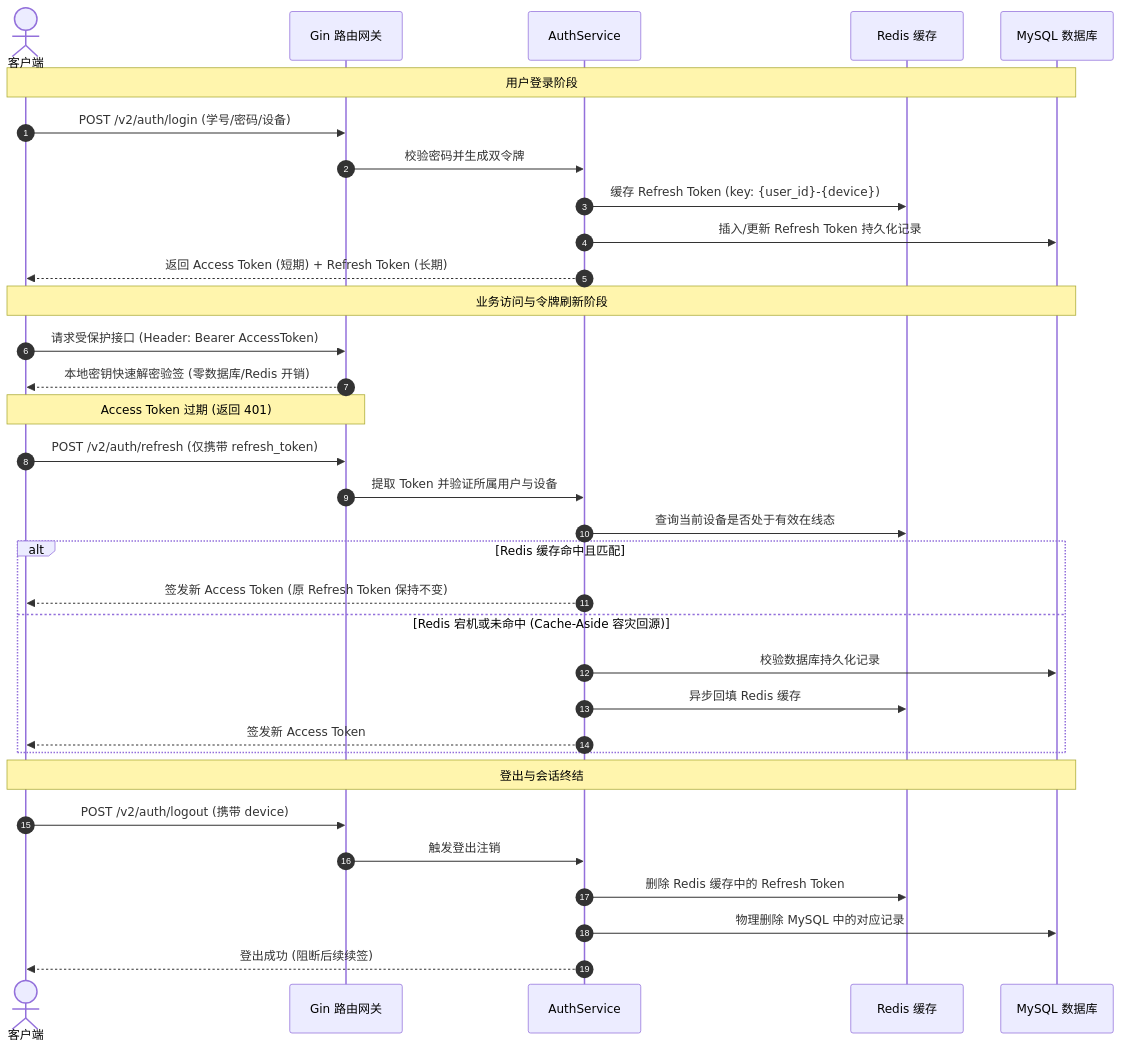
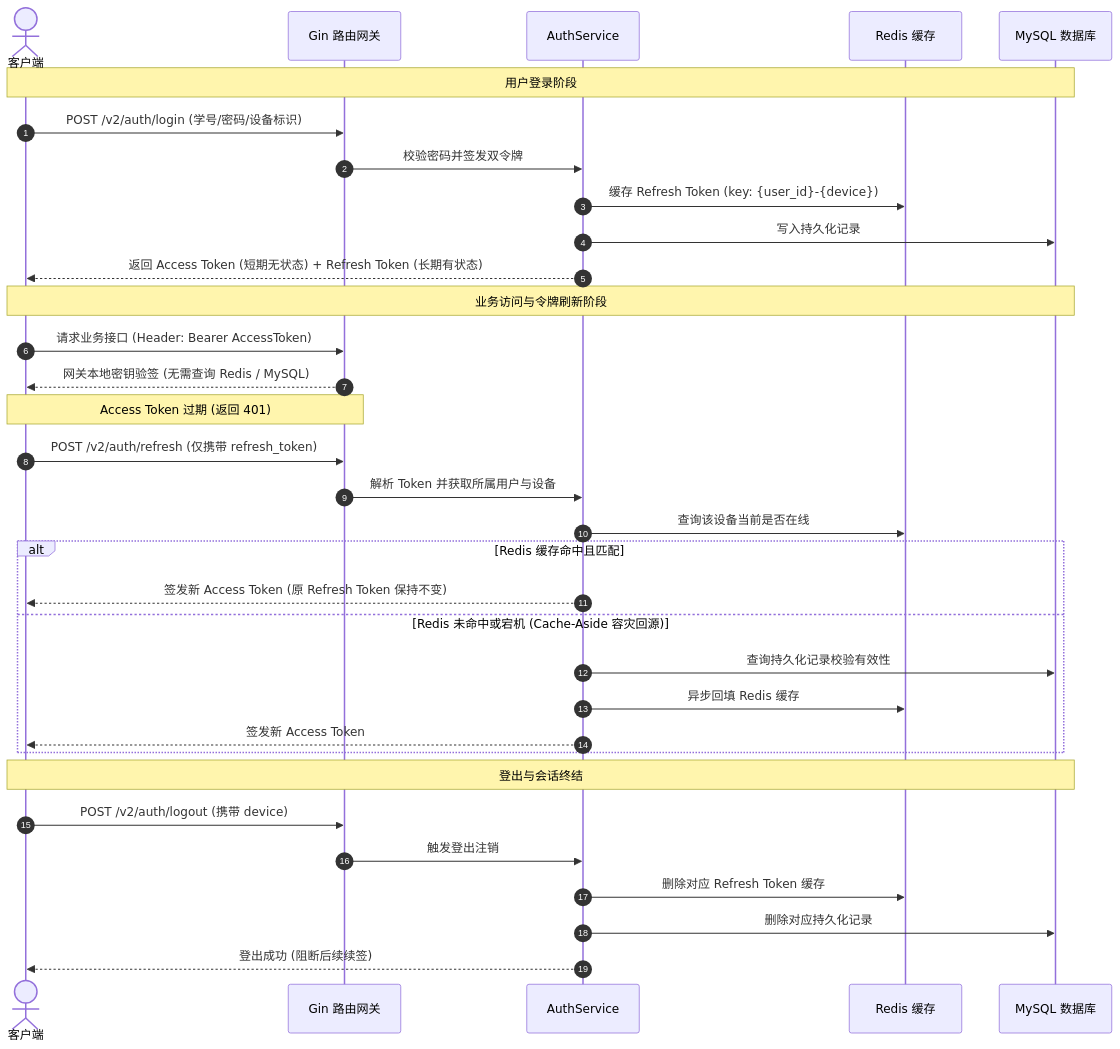
The second of 2 diagrams in README.md (suse-edu-cn/SUSE-OAA-BACKEND), drawn with Mermaid before and after one commit. The commit also changed other lines of this file and 4 other files, not shown here.

````diff
--- a/README.md
+++ b/README.md
@@ -94,38 +85,38 @@
 ```mermaid
 sequenceDiagram
     autonumber
     actor Client as 客户端
     participant Gateway as Gin 路由网关
     participant Service as AuthService
     participant Redis as Redis 缓存
     participant MySQL as MySQL 数据库
 
     Note over Client,MySQL: 用户登录阶段
-    Client->>Gateway: POST /v2/auth/login (学号/密码/设备)
-    Gateway->>Service: 校验密码并生成双令牌
+    Client->>Gateway: POST /v2/auth/login (学号/密码/设备标识)
+    Gateway->>Service: 校验密码并签发双令牌
     Service->>Redis: 缓存 Refresh Token (key: {user_id}-{device})
-    Service->>MySQL: 插入/更新 Refresh Token 持久化记录
-    Service-->>Client: 返回 Access Token (短期) + Refresh Token (长期)
+    Service->>MySQL: 写入持久化记录
+    Service-->>Client: 返回 Access Token (短期无状态) + Refresh Token (长期有状态)
 
     Note over Client,MySQL: 业务访问与令牌刷新阶段
-    Client->>Gateway: 请求受保护接口 (Header: Bearer AccessToken)
-    Gateway-->>Client: 本地密钥快速解密验签 (零数据库/Redis 开销)
+    Client->>Gateway: 请求业务接口 (Header: Bearer AccessToken)
+    Gateway-->>Client: 网关本地密钥验签 (无需查询 Redis / MySQL)
     Note over Client,Gateway: Access Token 过期 (返回 401)
     Client->>Gateway: POST /v2/auth/refresh (仅携带 refresh_token)
-    Gateway->>Service: 提取 Token 并验证所属用户与设备
-    Service->>Redis: 查询当前设备是否处于有效在线态
+    Gateway->>Service: 解析 Token 并获取所属用户与设备
+    Service->>Redis: 查询该设备当前是否在线
     alt Redis 缓存命中且匹配
         Service-->>Client: 签发新 Access Token (原 Refresh Token 保持不变)
-    else Redis 宕机或未命中 (Cache-Aside 容灾回源)
-        Service->>MySQL: 校验数据库持久化记录
+    else Redis 未命中或宕机 (Cache-Aside 容灾回源)
+        Service->>MySQL: 查询持久化记录校验有效性
         Service->>Redis: 异步回填 Redis 缓存
         Service-->>Client: 签发新 Access Token
     end
 
     Note over Client,MySQL: 登出与会话终结
     Client->>Gateway: POST /v2/auth/logout (携带 device)
     Gateway->>Service: 触发登出注销
-    Service->>Redis: 删除 Redis 缓存中的 Refresh Token
-    Service->>MySQL: 物理删除 MySQL 中的对应记录
+    Service->>Redis: 删除对应 Refresh Token 缓存
+    Service->>MySQL: 删除对应持久化记录
     Service-->>Client: 登出成功 (阻断后续续签)
 ```
````
